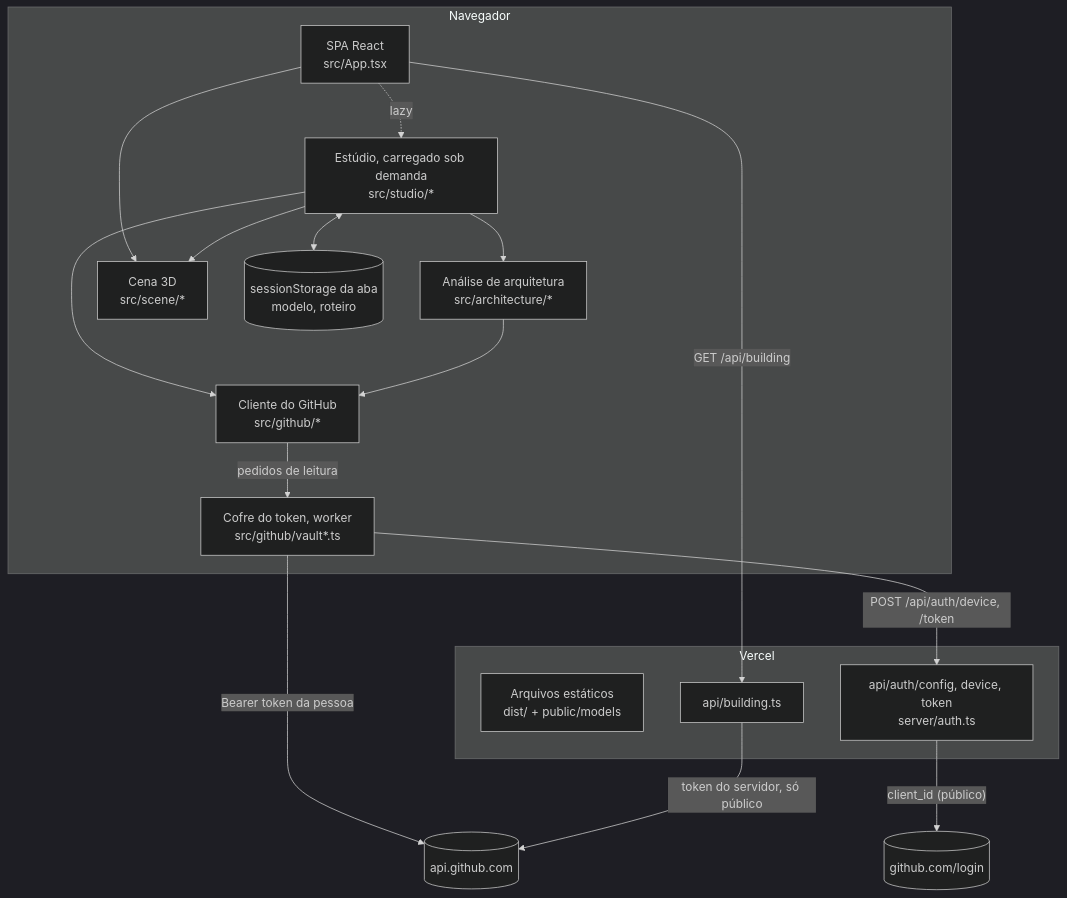
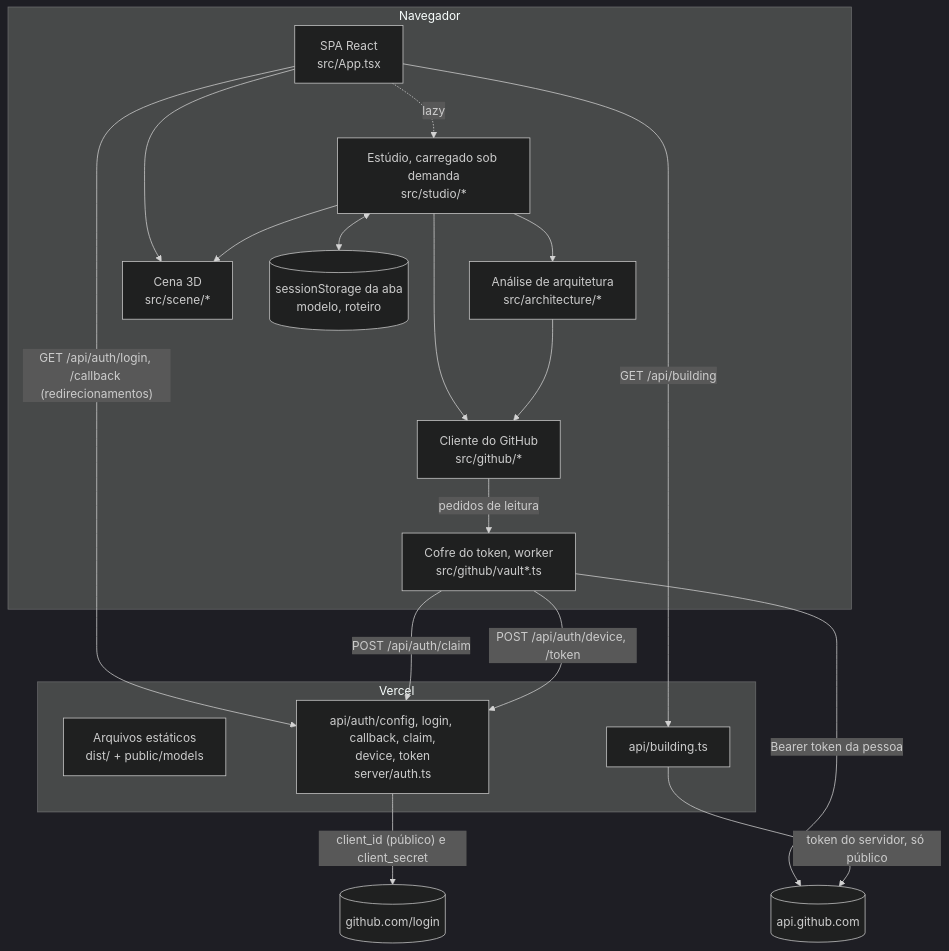
The second of 5 diagrams in docs/arquitetura.md (Yourdevdaniel/repartments), drawn with Mermaid (dark theme) before and after one commit. The commit also changed other lines of this file and 6 other files, not shown here.

````diff
--- a/docs/arquitetura.md
+++ b/docs/arquitetura.md
@@ -61,31 +62,33 @@
 ```mermaid
 flowchart TB
   subgraph browser[Navegador]
     spa[SPA React<br/>src/App.tsx]
     studio[Estúdio, carregado sob demanda<br/>src/studio/*]
     engine[Análise de arquitetura<br/>src/architecture/*]
     ghclient[Cliente do GitHub<br/>src/github/*]
     scene[Cena 3D<br/>src/scene/*]
     vault[Cofre do token, worker<br/>src/github/vault*.ts]
     tab[(sessionStorage da aba<br/>modelo, roteiro)]
   end
   subgraph vercel[Vercel]
     static[Arquivos estáticos<br/>dist/ + public/models]
     fn_building[api/building.ts]
-    fn_auth[api/auth/config, device, token<br/>server/auth.ts]
+    fn_auth[api/auth/config, login, callback, claim,<br/>device, token<br/>server/auth.ts]
   end
   gh[(api.github.com)]
   ghlogin[(github.com/login)]
 
   spa --> scene
   spa -. "lazy" .-> studio
   studio --> engine & ghclient & scene
   studio <--> tab
   ghclient -- "pedidos de leitura" --> vault
   vault -- "Bearer token da pessoa" --> gh
   engine --> ghclient
   spa -- "GET /api/building" --> fn_building
   fn_building -- "token do servidor, só público" --> gh
+  spa -- "GET /api/auth/login, /callback (redirecionamentos)" --> fn_auth
+  vault -- "POST /api/auth/claim" --> fn_auth
   vault -- "POST /api/auth/device, /token" --> fn_auth
-  fn_auth -- "client_id (público)" --> ghlogin
+  fn_auth -- "client_id (público) e client_secret" --> ghlogin
 ```
````
